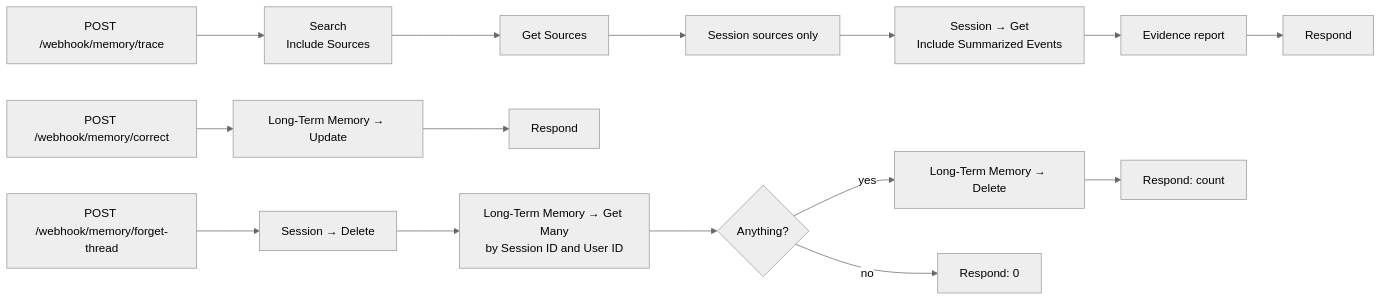
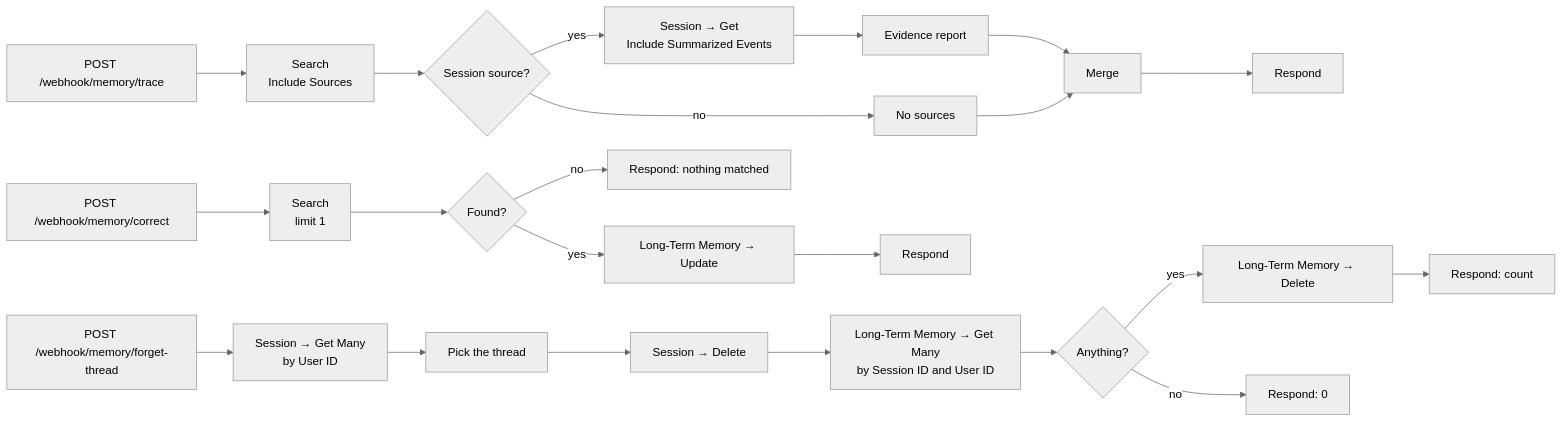
One commit to redis/n8n-nodes-agent-memory changed the fifth of 6 diagrams in docs/examples.md. Above: the diagram before and after it, drawn with Mermaid (neutral theme). The commit also changed other lines of this file and 3 other files, not shown here.

````diff
--- a/docs/examples.md
+++ b/docs/examples.md
@@ -196,7 +208,9 @@
 ```mermaid
 flowchart LR
-    W1[POST /webhook/memory/trace] --> S[Search<br/>Include Sources] --> G[Get Sources] --> F[Session sources only] --> R[Session → Get<br/>Include Summarized Events] --> E[Evidence report] --> O1[Respond]
-    W2[POST /webhook/memory/correct] --> U[Long-Term Memory → Update] --> O2[Respond]
-    W3[POST /webhook/memory/forget-thread] --> D1[Session → Delete] --> L[Long-Term Memory → Get Many<br/>by Session ID and User ID] --> X{Anything?} -->|yes| D2[Long-Term Memory → Delete] --> O3[Respond: count]
+    W1[POST /webhook/memory/trace] --> S[Search<br/>Include Sources] --> H{Session source?} -->|yes| R[Session → Get<br/>Include Summarized Events] --> E[Evidence report] --> M[Merge] --> O1[Respond]
+    H -->|no| N[No sources] --> M
+    W2[POST /webhook/memory/correct] --> S2[Search<br/>limit 1] --> F2{Found?} -->|yes| U[Long-Term Memory → Update] --> O2[Respond]
+    F2 -->|no| O5[Respond: nothing matched]
+    W3[POST /webhook/memory/forget-thread] --> L1[Session → Get Many<br/>by User ID] --> P[Pick the thread] --> D1[Session → Delete] --> L[Long-Term Memory → Get Many<br/>by Session ID and User ID] --> X{Anything?} -->|yes| D2[Long-Term Memory → Delete] --> O3[Respond: count]
     X -->|no| O4[Respond: 0]
 ```
````
